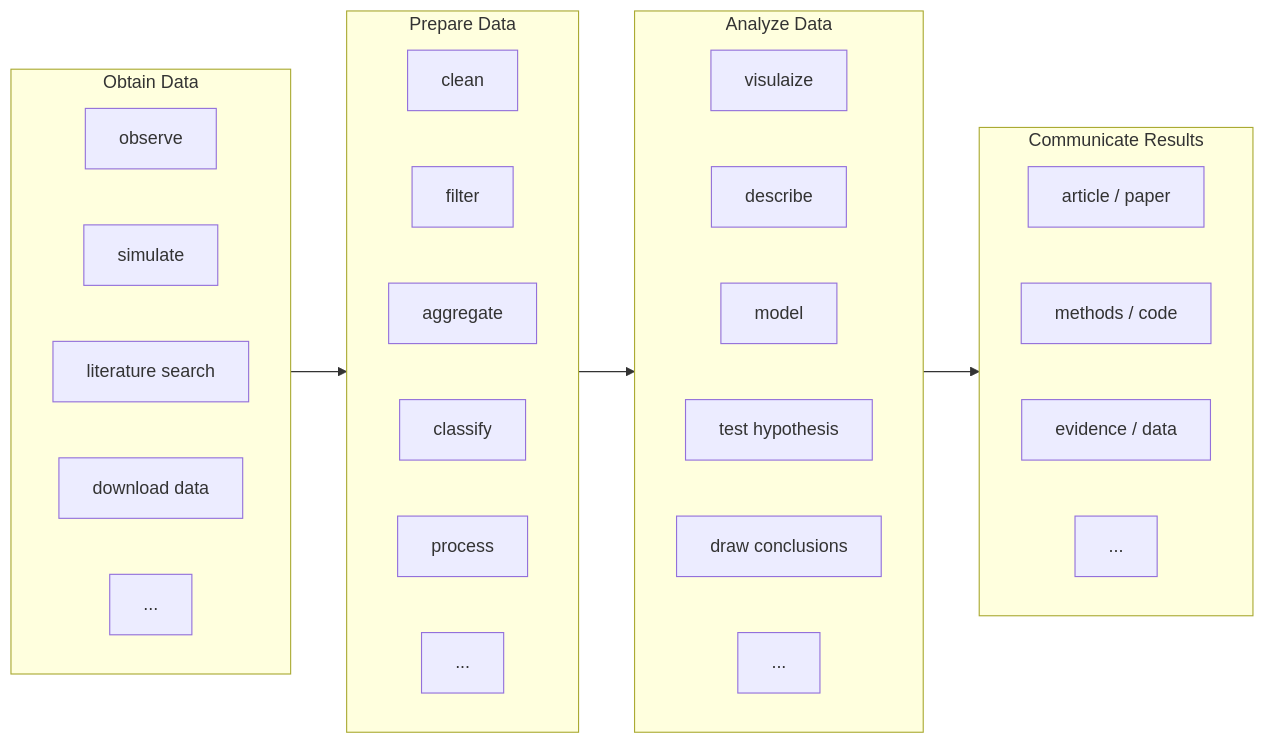
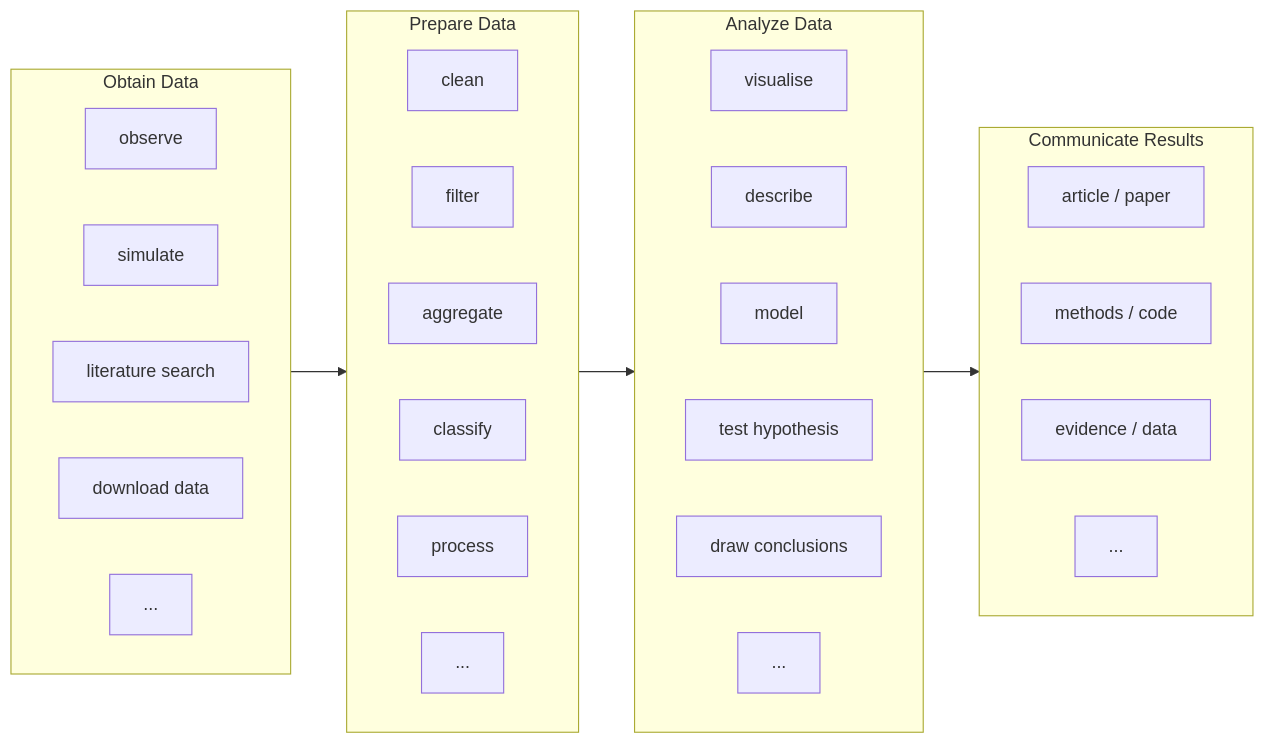
Before and after one commit to ADACS-Australia/2026-HWSA-Workshops: the diagram in episodes/introduction.md, drawn with Mermaid. The commit also changed 3 other files, not shown here.

````diff
--- a/episodes/introduction.md
+++ b/episodes/introduction.md
@@ -30,39 +30,39 @@
 ```mermaid
 flowchart LR
     accTitle: {A generic research workflow}
     accDescr: {A generic research workflow with 4 main sections: obtaining data, preparing data, analyzing data, and communicating results.}
     subgraph obtain ["Obtain Data"]
         direction LR
         a["observe"]
         b["simulate"]
         c["literature search"]
         d["download data"]
         e["..."]
     end
     subgraph prepare ["Prepare Data"]
         direction LR
         f["clean"]
         g["filter"]
         h["aggregate"]
         i["classify"]
         j["process"]
         k["..."]
     end
     subgraph analyse ["Analyze Data"]
         direction LR
-        l["visulaize"]
+        l["visualise"]
         m["describe"]
         n["model"]
         o["test hypothesis"]
         p["draw conclusions"]
         q["..."]
     end
     subgraph publish ["Communicate Results"]
         direction LR
         r["article / paper"]
         s["methods / code"]
         t["evidence / data"]
         u["..."]
     end
     obtain --> prepare --> analyse --> publish
 ```
````
